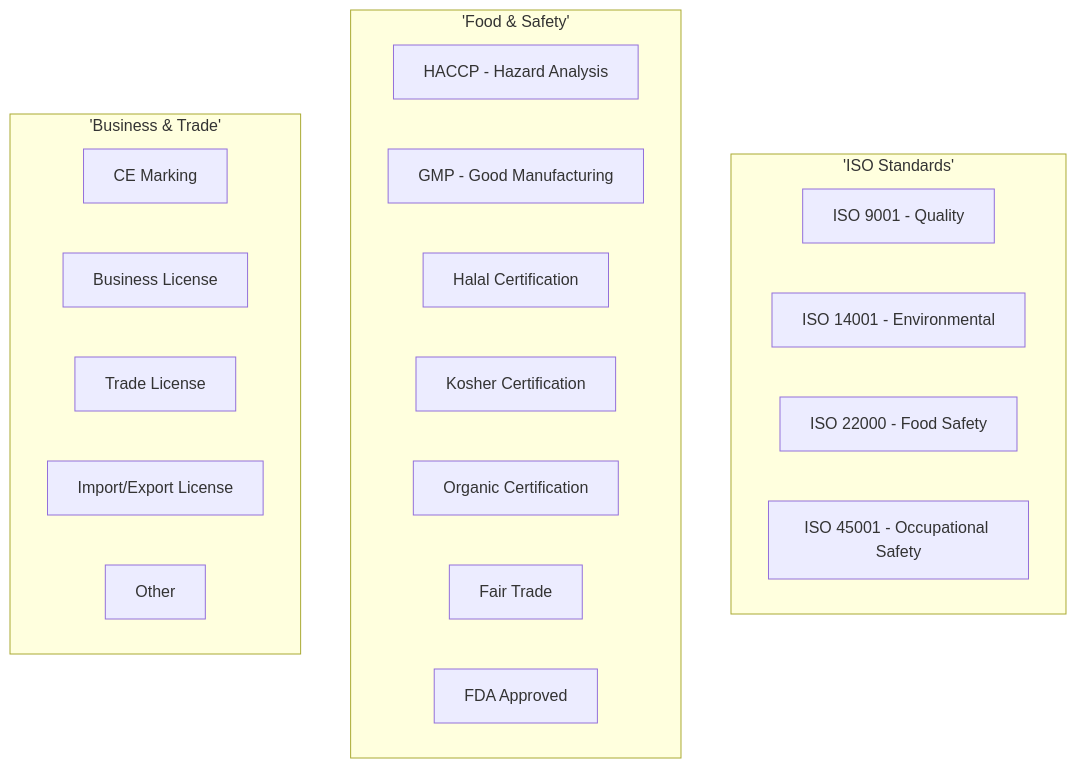
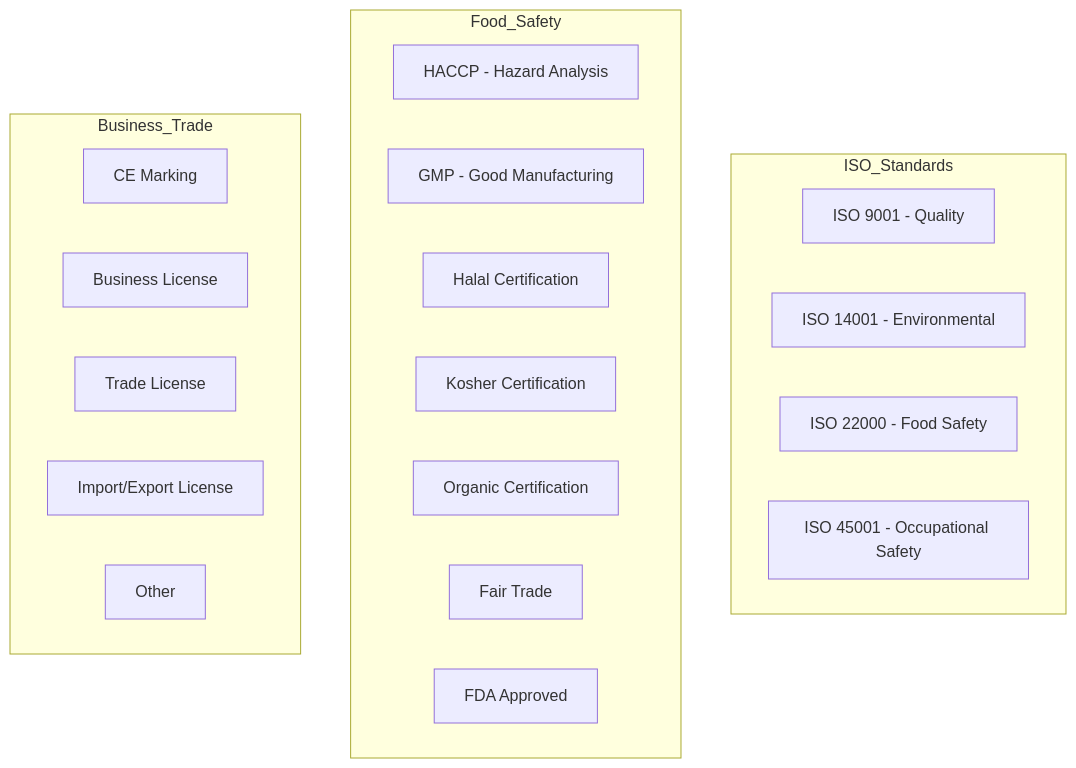
One commit to PeakMNA/carmen changed diagram 20 of 24 in docs/app/vendor-management/vendor-directory/FD-vendor-directory.md. Above: the diagram before and after it, drawn with Mermaid. The commit also changed other lines of this file and 473 other files, not shown here.

````diff
--- a/docs/app/vendor-management/vendor-directory/FD-vendor-directory.md
+++ b/docs/app/vendor-management/vendor-directory/FD-vendor-directory.md
@@ -923,27 +914,27 @@
 ```mermaid
 graph TB
-    subgraph 'ISO Standards'
+    subgraph ISO_Standards
         ISO9001[ISO 9001 - Quality]
         ISO14001[ISO 14001 - Environmental]
         ISO22000[ISO 22000 - Food Safety]
         ISO45001[ISO 45001 - Occupational Safety]
     end
 
-    subgraph 'Food & Safety'
+    subgraph Food_Safety
         HACCP[HACCP - Hazard Analysis]
         GMP[GMP - Good Manufacturing]
         Halal[Halal Certification]
         Kosher[Kosher Certification]
         Organic[Organic Certification]
         FairTrade[Fair Trade]
         FDA[FDA Approved]
     end
 
-    subgraph 'Business & Trade'
+    subgraph Business_Trade
         CE[CE Marking]
         BizLicense[Business License]
         TradeLicense[Trade License]
         ImportExport[Import/Export License]
         Other[Other]
     end
 ```
````
